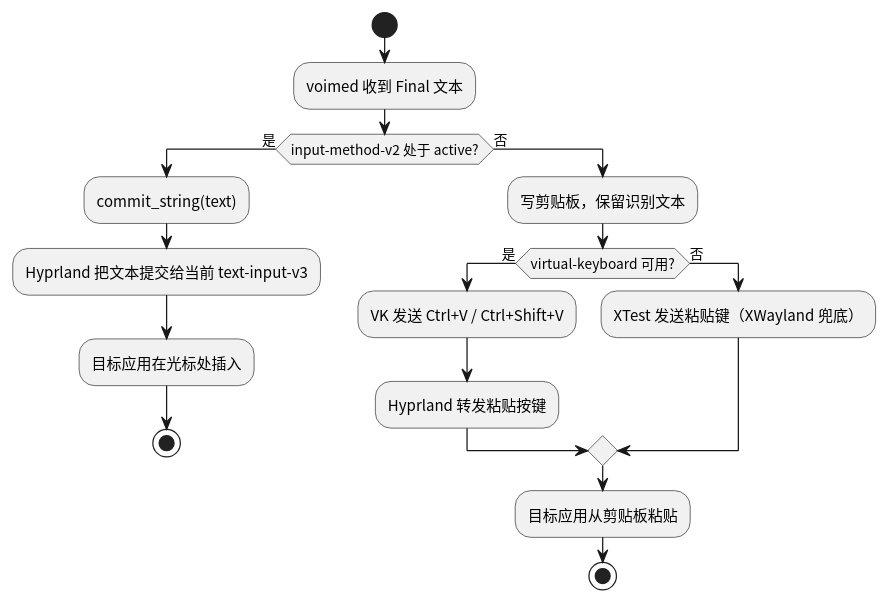
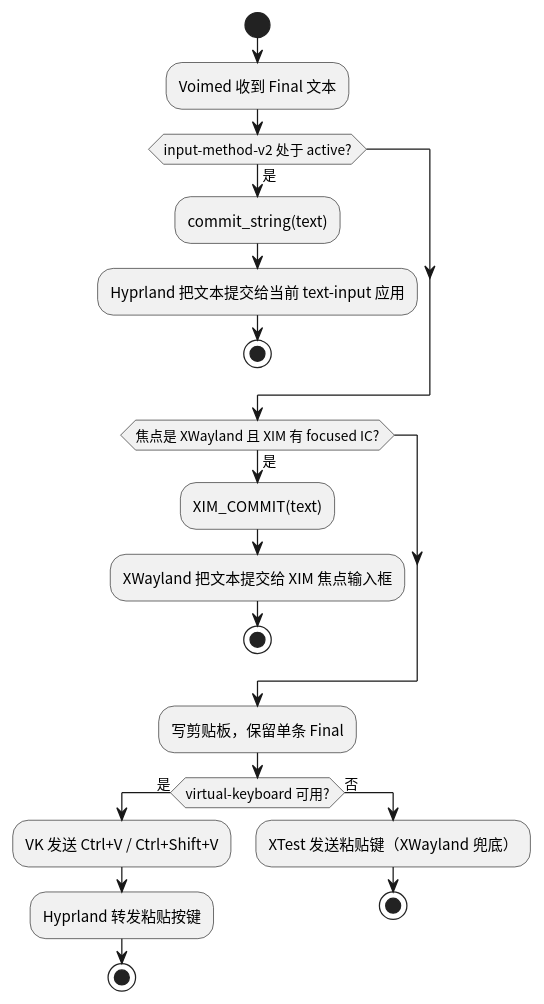
Before and after one commit to 54m43lJ/voime: the diagram in diagram/proposal-delivery.puml, drawn with PlantUML. The commit also changed 31 other files, not shown here.

Commit message:
docs: XWayland 改走 XIM，剪贴板仅作兜底

```diff
--- a/diagram/proposal-delivery.puml
+++ b/diagram/proposal-delivery.puml
@@ -1,23 +1,28 @@
 @startuml
 skinparam defaultFontName "Noto Sans CJK SC"
 skinparam shadowing false
 
 start
-:voimed 收到 Final 文本;
+:Voimed 收到 Final 文本;
 if (input-method-v2 处于 active?) then (是)
   :commit_string(text);
-  :Hyprland 把文本提交给当前 text-input-v3;
-  :目标应用在光标处插入;
+  :Hyprland 把文本提交给当前 text-input 应用;
+  stop
+endif
+
+if (焦点是 XWayland 且 XIM 有 focused IC?) then (是)
+  :XIM_COMMIT(text);
+  :XWayland 把文本提交给 XIM 焦点输入框;
+  stop
+endif
+
+:写剪贴板，保留单条 Final;
+if (virtual-keyboard 可用?) then (是)
+  :VK 发送 Ctrl+V / Ctrl+Shift+V;
+  :Hyprland 转发粘贴按键;
   stop
 else (否)
-  :写剪贴板，保留识别文本;
-  if (virtual-keyboard 可用?) then (是)
-    :VK 发送 Ctrl+V / Ctrl+Shift+V;
-    :Hyprland 转发粘贴按键;
-  else (否)
-    :XTest 发送粘贴键（XWayland 兜底）;
-  endif
-  :目标应用从剪贴板粘贴;
+  :XTest 发送粘贴键（XWayland 兜底）;
   stop
 endif
 @enduml
```
